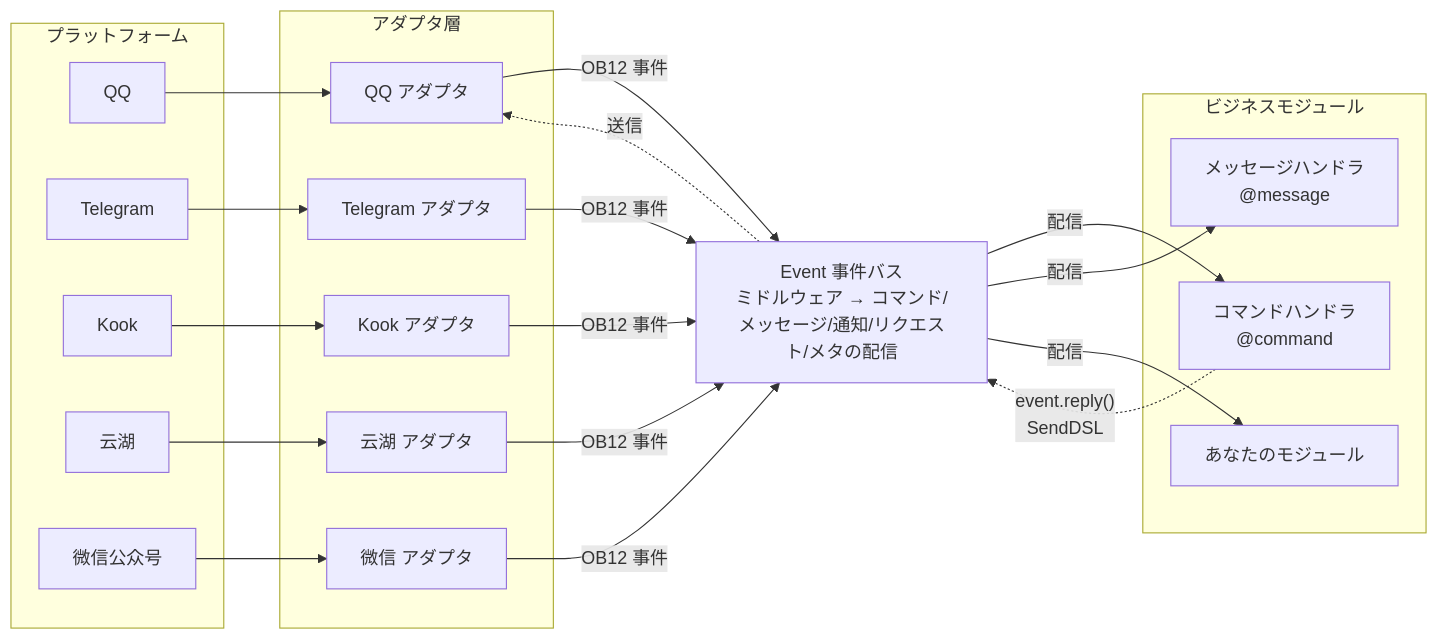
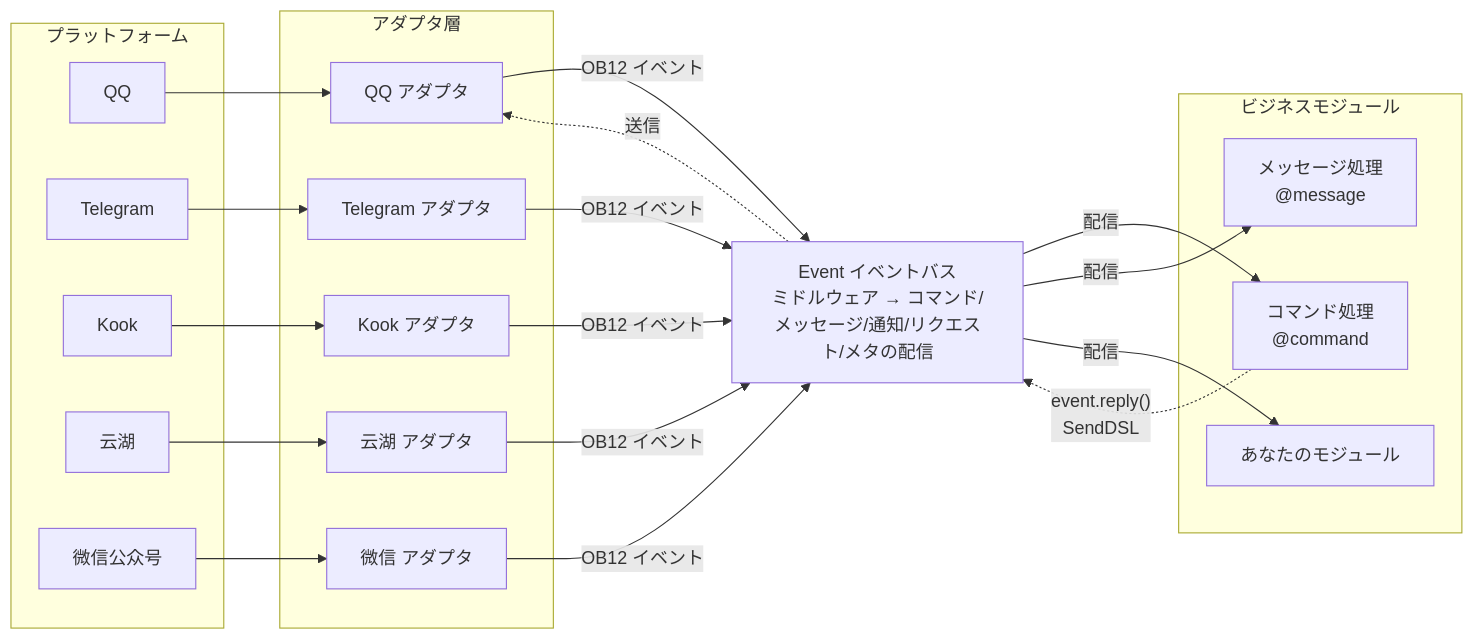
The first of 2 diagrams in README.ja.md (ErisPulse/ErisPulse), drawn with Mermaid before and after one commit. The commit also changed other lines of this file and 7 other files, not shown here.

````diff
--- a/README.ja.md
+++ b/README.ja.md
@@ -111,45 +111,45 @@
 ```mermaid
 graph LR
     subgraph Platforms[プラットフォーム]
         QQ["QQ"]
         TG["Telegram"]
         Kook["Kook"]
         YH["云湖"]
         WX["微信公众号"]
     end
 
     subgraph Adapters[アダプタ層]
         A1["QQ アダプタ"]
         A2["Telegram アダプタ"]
         A3["Kook アダプタ"]
         A4["云湖 アダプタ"]
         A5["微信 アダプタ"]
     end
 
-    Event["Event 事件バス<br/>ミドルウェア → コマンド/メッセージ/通知/リクエスト/メタの配信"]
+    Event["Event イベントバス<br/>ミドルウェア → コマンド/メッセージ/通知/リクエスト/メタの配信"]
 
     subgraph Modules[ビジネスモジュール]
-        M1["コマンドハンドラ<br/>@command"]
-        M2["メッセージハンドラ<br/>@message"]
+        M1["コマンド処理<br/>@command"]
+        M2["メッセージ処理<br/>@message"]
         M3["あなたのモジュール"]
     end
 
     QQ --> A1
     TG --> A2
     Kook --> A3
     YH --> A4
     WX --> A5
 
-    A1 -->|"OB12 事件"| Event
-    A2 -->|"OB12 事件"| Event
-    A3 -->|"OB12 事件"| Event
-    A4 -->|"OB12 事件"| Event
-    A5 -->|"OB12 事件"| Event
+    A1 -->|"OB12 イベント"| Event
+    A2 -->|"OB12 イベント"| Event
+    A3 -->|"OB12 イベント"| Event
+    A4 -->|"OB12 イベント"| Event
+    A5 -->|"OB12 イベント"| Event
 
     Event -->|"配信"| M1
     Event -->|"配信"| M2
     Event -->|"配信"| M3
 
     M1 -.->|"event.reply()<br/>SendDSL"| Event
     Event -.->|"送信"| A1
 ```
````
